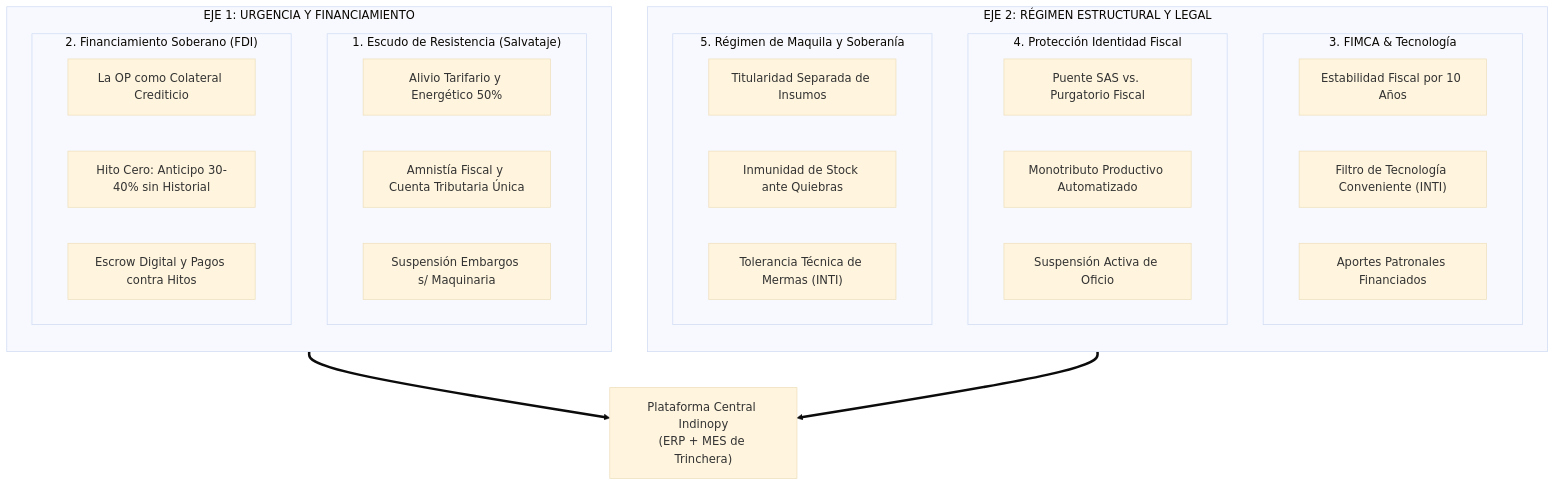
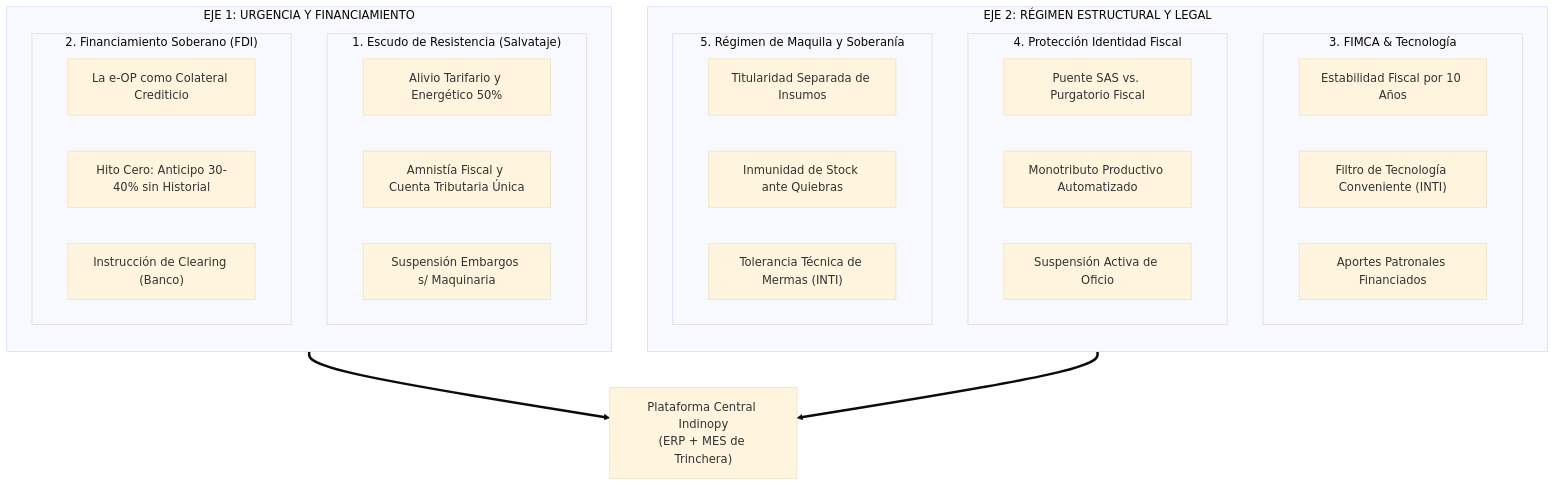
One commit to sarthouse/indinopy changed the first of 4 diagrams in docs/analisis_fimca_implementacion.md. Above: the diagram before and after it, drawn with Mermaid (base theme). The commit also changed other lines of this file and 4 other files, not shown here.

````diff
--- a/docs/analisis_fimca_implementacion.md
+++ b/docs/analisis_fimca_implementacion.md
@@ -38,38 +38,38 @@
 ```mermaid
 flowchart TD
     subgraph BLOQUE_A["EJE 1: URGENCIA Y FINANCIAMIENTO"]
         direction TB
         subgraph P1["1. Escudo de Resistencia (Salvataje)"]
             A1["Alivio Tarifario y Energético 50%"]
             A2["Amnistía Fiscal y Cuenta Tributaria Única"]
             A3["Suspensión Embargos s/ Maquinaria"]
         end
         subgraph P2["2. Financiamiento Soberano (FDI)"]
-            B1["La OP como Colateral Crediticio"]
+            B1["La e-OP como Colateral Crediticio"]
             B2["Hito Cero: Anticipo 30-40% sin Historial"]
-            B3["Escrow Digital y Pagos contra Hitos"]
+            B3["Instrucción de Clearing (Banco)"]
         end
     end
 
     subgraph BLOQUE_B["EJE 2: RÉGIMEN ESTRUCTURAL Y LEGAL"]
         direction TB
         subgraph P3["3. FIMCA & Tecnología"]
             C1["Estabilidad Fiscal por 10 Años"]
             C2["Filtro de Tecnología Conveniente (INTI)"]
             C3["Aportes Patronales Financiados"]
         end
         subgraph P4["4. Protección Identidad Fiscal"]
             D1["Puente SAS vs. Purgatorio Fiscal"]
             D2["Monotributo Productivo Automatizado"]
             D3["Suspensión Activa de Oficio"]
         end
         subgraph P5["5. Régimen de Maquila y Soberanía"]
             E1["Titularidad Separada de Insumos"]
             E2["Inmunidad de Stock ante Quiebras"]
             E3["Tolerancia Técnica de Mermas (INTI)"]
         end
     end
 
     BLOQUE_A ==> INDINO["Plataforma Central Indinopy<br/>(ERP + MES de Trinchera)"]
     BLOQUE_B ==> INDINO
 ```
````
